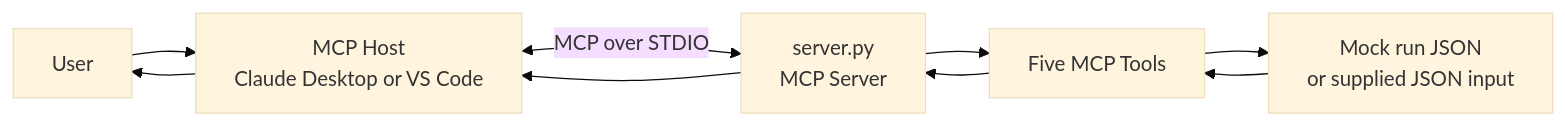
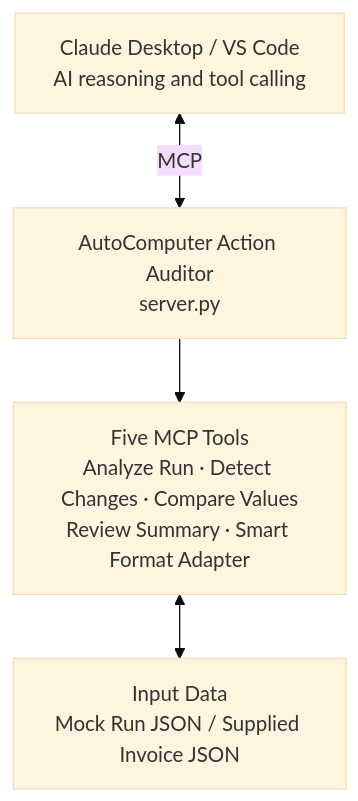
One commit to tanishka06-svg/AIML_cohort- changed the diagram in autocomputer-action-auditor/README.md. Above: the diagram before and after it, drawn with Mermaid (base theme). The commit also changed other lines of this file, not shown here.

Commit message:
AutoCOmputer

````diff
--- a/autocomputer-action-auditor/README.md
+++ b/autocomputer-action-auditor/README.md
@@ -94,11 +92,7 @@
-``` mermaid
-flowchart LR
-    U[User] --> H[MCP Host<br/>Claude Desktop or VS Code]
-    H <-->|MCP over STDIO| S[server.py<br/>MCP Server]
-    S --> T[Five MCP Tools]
-    T --> D[Mock run JSON<br/>or supplied JSON input]
-    D --> T
-    T --> S
-    S --> H
-    H --> U
+```mermaid
+flowchart TD
+    H["Claude Desktop / VS Code<br/>AI reasoning and tool calling"]
+    H <-->|MCP| S["AutoComputer Action Auditor<br/>server.py"]
+    S --> T["Five MCP Tools<br/>Analyze Run · Detect Changes · Compare Values<br/>Review Summary · Smart Format Adapter"]
+    T <--> D["Input Data<br/>Mock Run JSON / Supplied Invoice JSON"]
 ```
````
